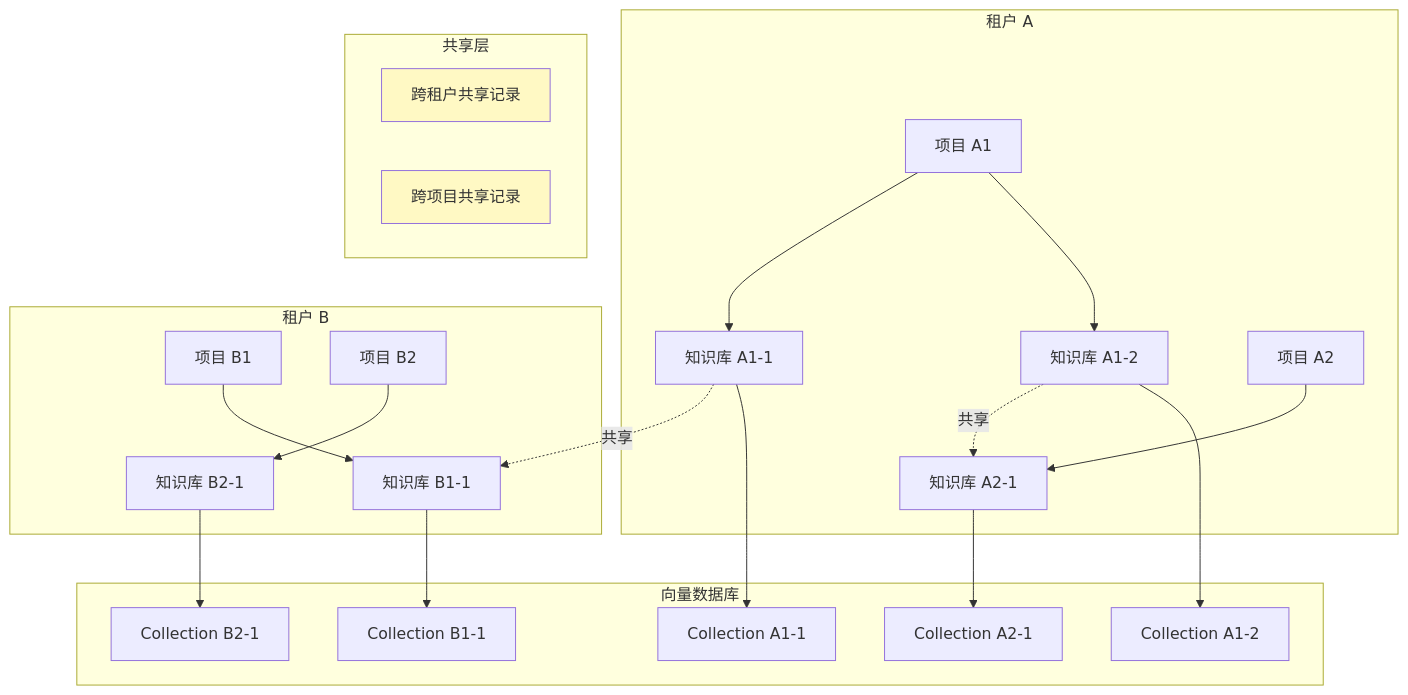
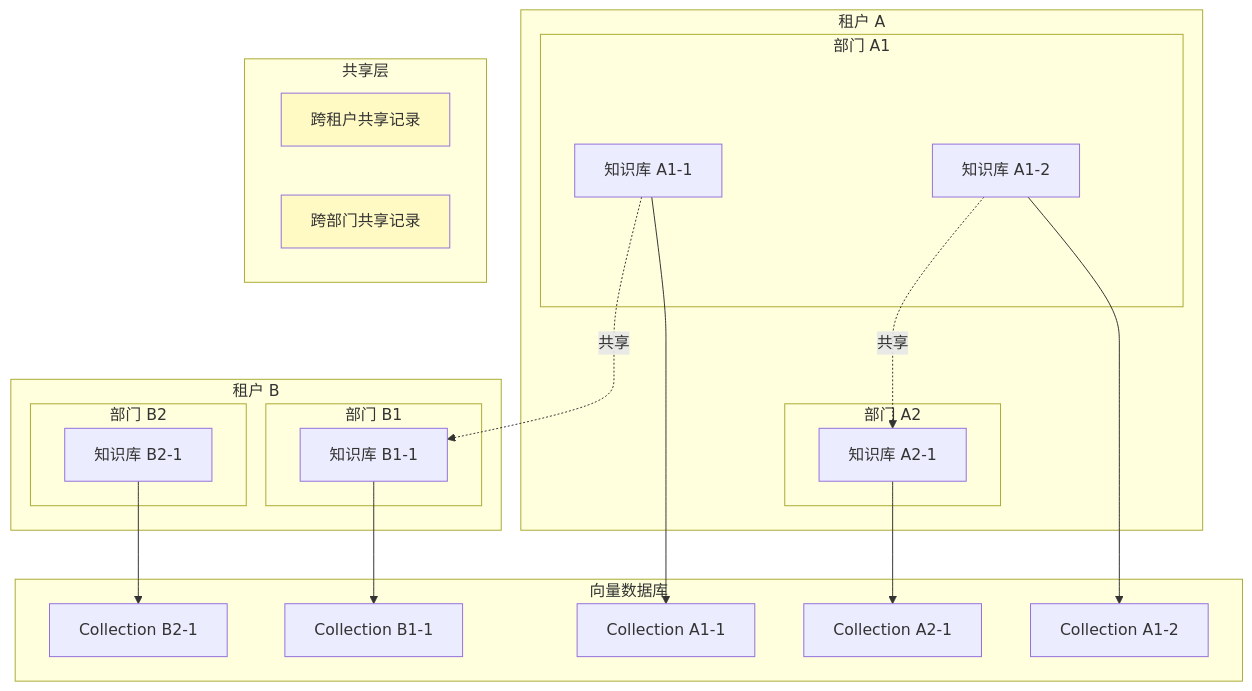
One commit to lazysGit/dify changed the sixth of 8 diagrams in docs/architecture/knowledge-base-isolation.md. Above: the diagram before and after it, drawn with Mermaid. The commit also changed other lines of this file and 76 other files, not shown here.

````diff
--- a/docs/architecture/knowledge-base-isolation.md
+++ b/docs/architecture/knowledge-base-isolation.md
@@ -602,38 +791,46 @@
 ```mermaid
 graph TB
     subgraph "租户 A"
-        A1[项目 A1] --> A2[知识库 A1-1]
-        A1 --> A3[知识库 A1-2]
-        A4[项目 A2] --> A5[知识库 A2-1]
+        subgraph "部门 A1"
+            A1[知识库 A1-1]
+            A2[知识库 A1-2]
+        end
+        subgraph "部门 A2"
+            A3[知识库 A2-1]
+        end
     end
     
     subgraph "租户 B"
-        B1[项目 B1] --> B2[知识库 B1-1]
-        B3[项目 B2] --> B4[知识库 B2-1]
+        subgraph "部门 B1"
+            B1[知识库 B1-1]
+        end
+        subgraph "部门 B2"
+            B2[知识库 B2-1]
+        end
     end
     
     subgraph "共享层"
         C1[跨租户共享记录]
-        C2[跨项目共享记录]
+        C2[跨部门共享记录]
     end
     
-    A2 -.->|共享| B2
-    A3 -.->|共享| A5
+    A1 -.->|共享| B1
+    A2 -.->|共享| A3
     
     subgraph "向量数据库"
         D1[Collection A1-1]
         D2[Collection A1-2]
         D3[Collection A2-1]
         D4[Collection B1-1]
         D5[Collection B2-1]
     end
     
-    A2 --> D1
-    A3 --> D2
-    A5 --> D3
-    B2 --> D4
-    B4 --> D5
+    A1 --> D1
+    A2 --> D2
+    A3 --> D3
+    B1 --> D4
+    B2 --> D5
     
     style C1 fill:#fff9c4
     style C2 fill:#fff9c4
 ```
````
